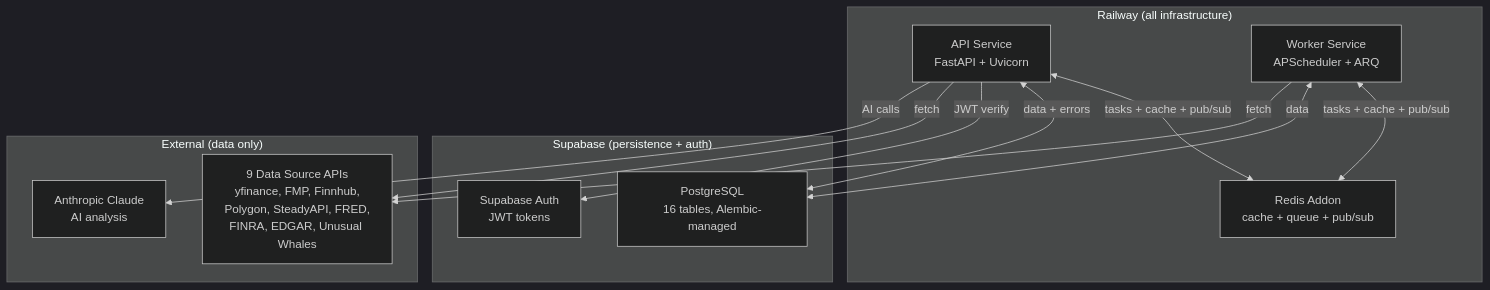
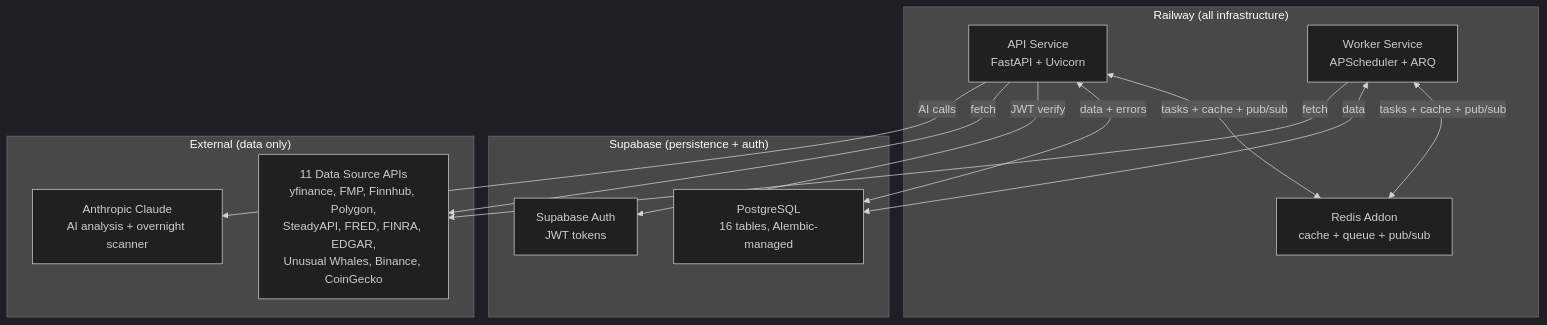
Before and after one commit to Dharit13/QuantPulse: the fourth of 4 diagrams in ARCHITECTURE.md, drawn with Mermaid (dark theme). The commit also changed other lines of this file, not shown here.

First line of the commit message:
Update ARCHITECTURE.md to v3 with overnight scanner and scorecard

````diff
--- a/ARCHITECTURE.md
+++ b/ARCHITECTURE.md
@@ -289,27 +303,27 @@
 ```mermaid
 graph TB
     subgraph railway ["Railway (all infrastructure)"]
         APIService["API Service<br/>FastAPI + Uvicorn"]
         WorkerService["Worker Service<br/>APScheduler + ARQ"]
         RedisAddon["Redis Addon<br/>cache + queue + pub/sub"]
     end
 
     subgraph supabase ["Supabase (persistence + auth)"]
         PostgreSQL["PostgreSQL<br/>16 tables, Alembic-managed"]
         Auth["Supabase Auth<br/>JWT tokens"]
     end
 
     subgraph external ["External (data only)"]
-        DataAPIs["9 Data Source APIs<br/>yfinance, FMP, Finnhub,<br/>Polygon, SteadyAPI, FRED,<br/>FINRA, EDGAR, Unusual Whales"]
-        Claude["Anthropic Claude<br/>AI analysis"]
+        DataAPIs["11 Data Source APIs<br/>yfinance, FMP, Finnhub, Polygon,<br/>SteadyAPI, FRED, FINRA, EDGAR,<br/>Unusual Whales, Binance, CoinGecko"]
+        Claude["Anthropic Claude<br/>AI analysis + overnight scanner"]
     end
 
     APIService <-->|"tasks + cache + pub/sub"| RedisAddon
     WorkerService <-->|"tasks + cache + pub/sub"| RedisAddon
     APIService <-->|"data + errors"| PostgreSQL
     WorkerService <-->|"data"| PostgreSQL
     APIService -->|"JWT verify"| Auth
     WorkerService -->|"fetch"| DataAPIs
     APIService -->|"fetch"| DataAPIs
     APIService -->|"AI calls"| Claude
 ```
````
